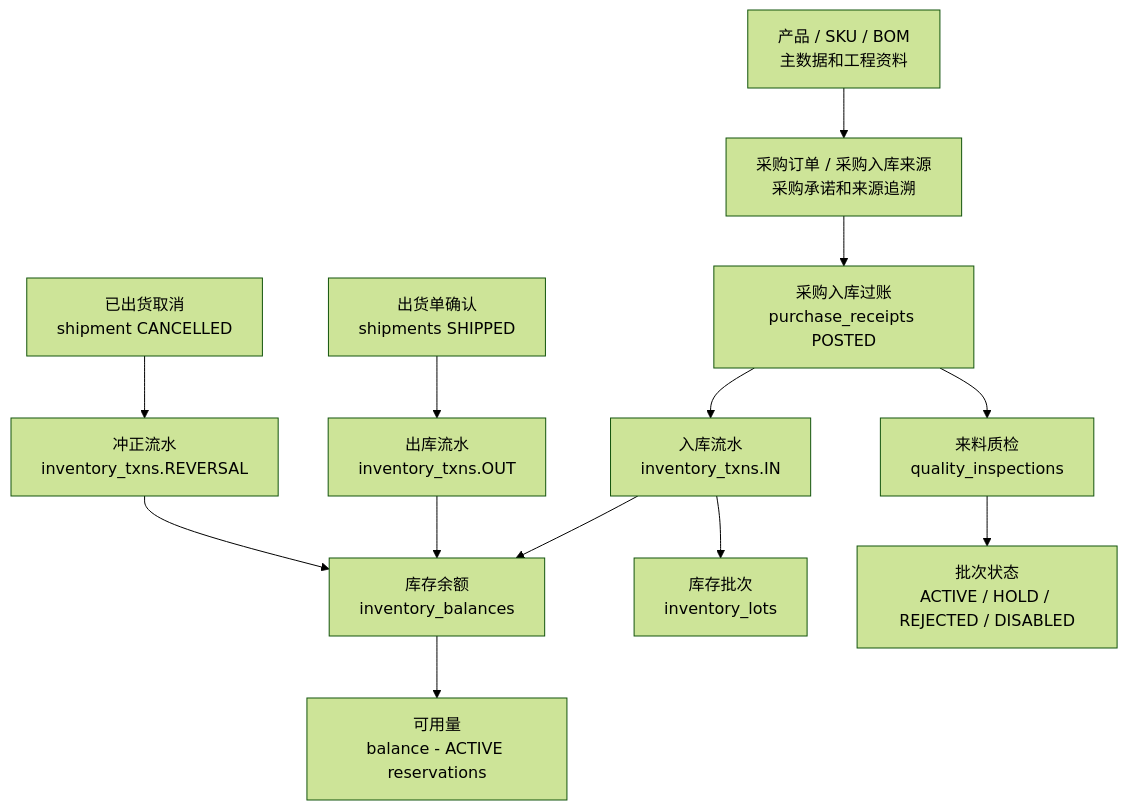
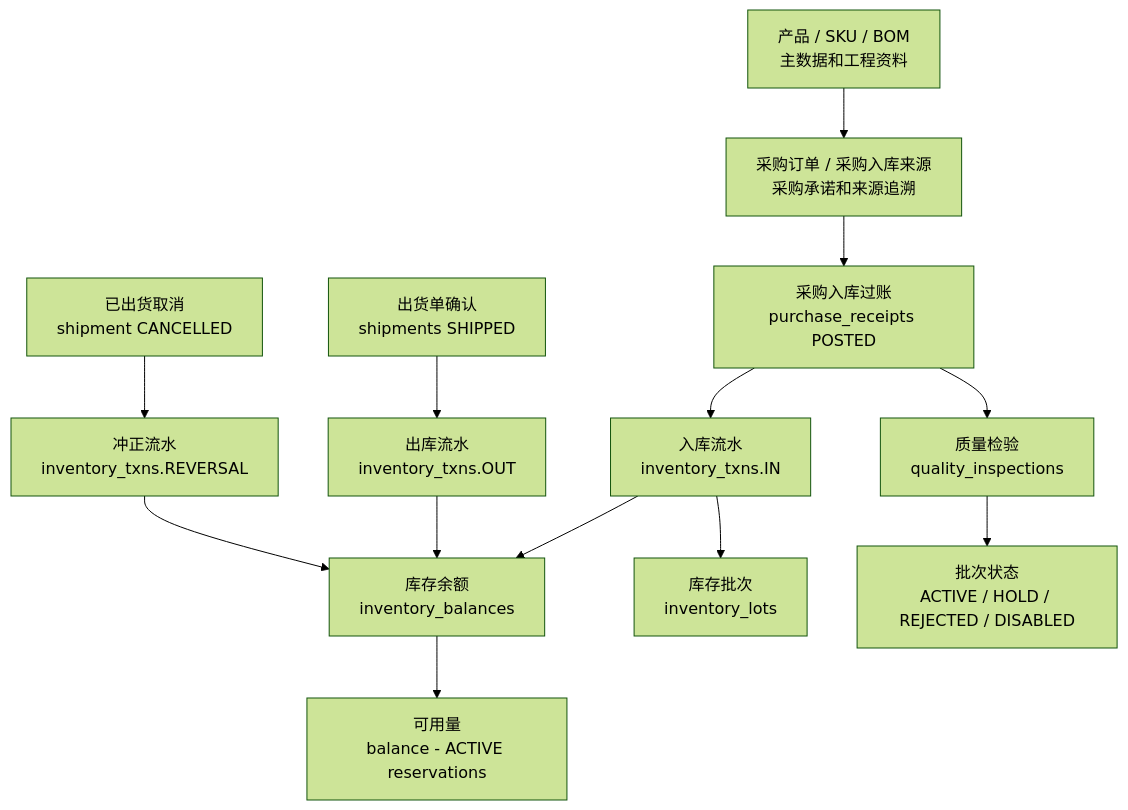
One commit to saurick/plush-toy-erp changed the diagram in docs/product/产品能力证据详情.md. Above: the diagram before and after it, drawn with Mermaid (forest theme). The commit also changed other lines of this file and 380 other files, not shown here.

````diff
--- a/docs/product/产品能力证据详情.md
+++ b/docs/product/产品能力证据详情.md
@@ -220,15 +220,15 @@
 ```mermaid
 flowchart TD
   product["产品 / SKU / BOM<br/>主数据和工程资料"] --> purchaseOrder["采购订单 / 采购入库来源<br/>采购承诺和来源追溯"]
   purchaseOrder --> receipt["采购入库过账<br/>purchase_receipts POSTED"]
   receipt --> inboundTxn["入库流水<br/>inventory_txns.IN"]
   inboundTxn --> balance["库存余额<br/>inventory_balances"]
   inboundTxn --> lot["库存批次<br/>inventory_lots"]
-  receipt --> quality["来料质检<br/>quality_inspections"]
+  receipt --> quality["质量检验<br/>quality_inspections"]
   quality --> lotStatus["批次状态<br/>ACTIVE / HOLD / REJECTED / DISABLED"]
   balance --> available["可用量<br/>balance - ACTIVE reservations"]
   shipment["出货单确认<br/>shipments SHIPPED"] --> outboundTxn["出库流水<br/>inventory_txns.OUT"]
   outboundTxn --> balance
   shipmentCancel["已出货取消<br/>shipment CANCELLED"] --> reversal["冲正流水<br/>inventory_txns.REVERSAL"]
   reversal --> balance
 ```
````
